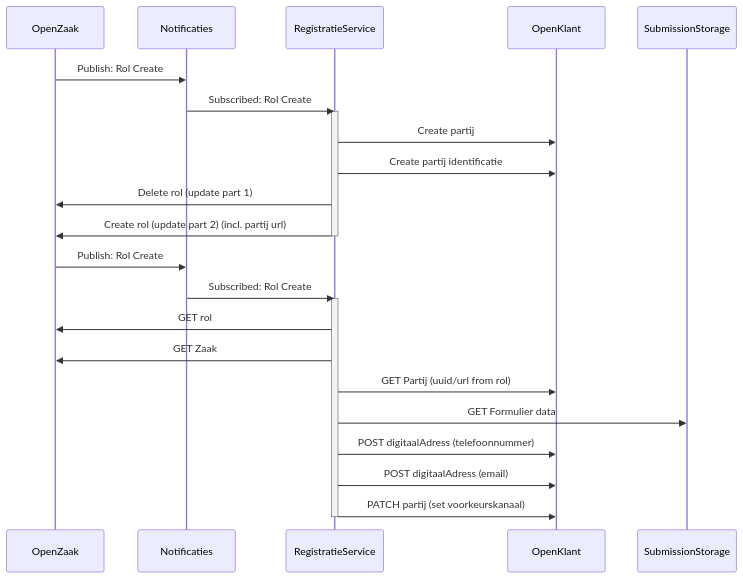
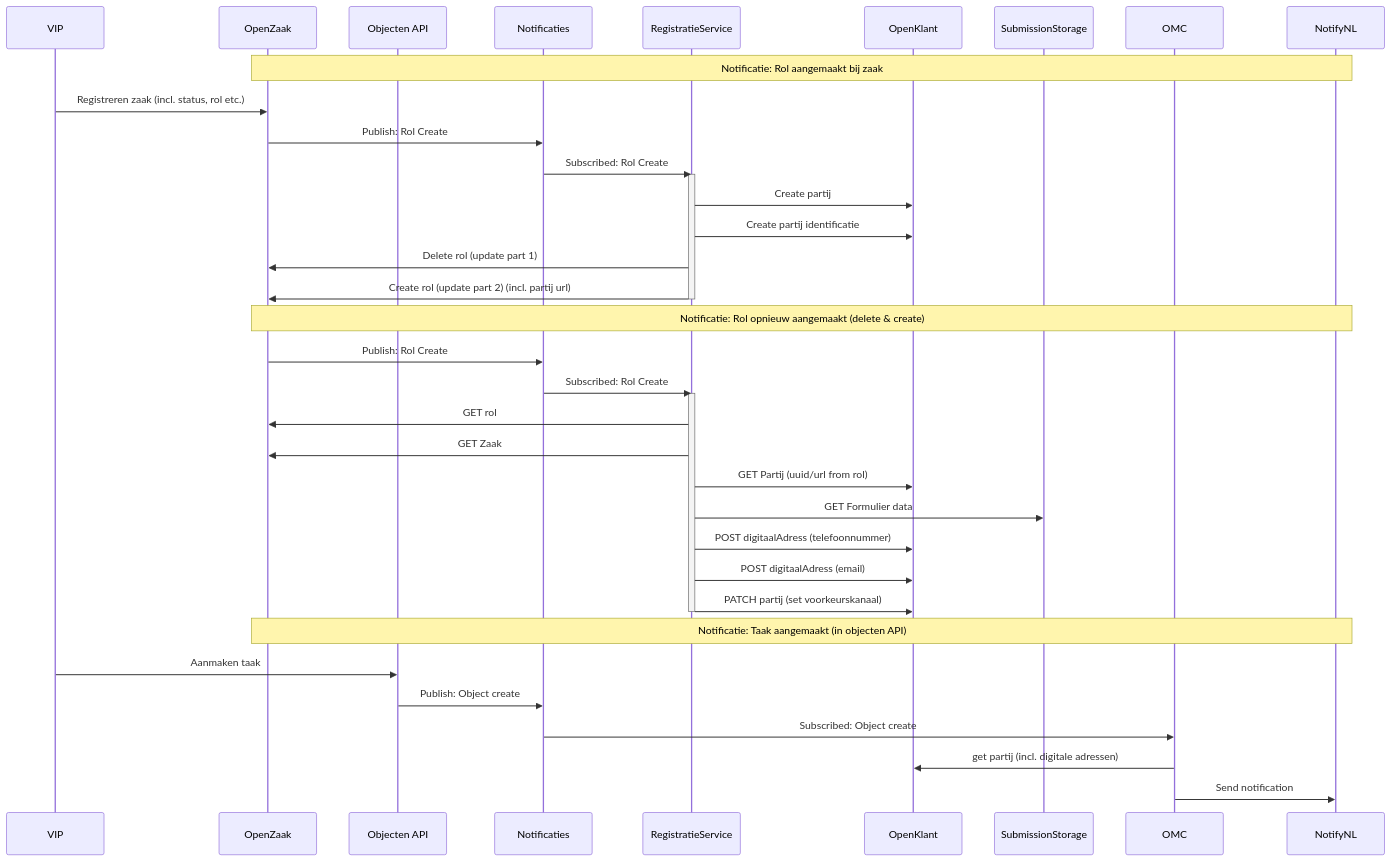
Before and after one commit to GemeenteNijmegen/mijn-services: the diagram in src/services/OpenKlantRegistrationService/docs/sequence.md, drawn with Mermaid.

Commit message:
docs: update sequence diagram

````diff
--- a/src/services/OpenKlantRegistrationService/docs/sequence.md
+++ b/src/services/OpenKlantRegistrationService/docs/sequence.md
@@ -6,29 +6,51 @@
 ```mermaid
 sequenceDiagram
+  participant VIP
   participant OpenZaak
+  participant Objecten API
   participant Notificaties
   participant RegistratieService
   participant OpenKlant
   participant SubmissionStorage
+  participant OMC
+  participant NotifyNL
 
+
+  Note over OpenZaak, NotifyNL: Notificatie: Rol aangemaakt bij zaak
+
+  VIP ->> OpenZaak: Registreren zaak (incl. status, rol etc.)
   OpenZaak ->> Notificaties: Publish: Rol Create
   Notificaties ->> RegistratieService: Subscribed: Rol Create
   activate RegistratieService
   RegistratieService ->> OpenKlant: Create partij
   RegistratieService ->> OpenKlant: Create partij identificatie
   RegistratieService ->> OpenZaak: Delete rol (update part 1)
   RegistratieService ->> OpenZaak: Create rol (update part 2) (incl. partij url)
   deactivate RegistratieService
+
+
+  Note over OpenZaak, NotifyNL: Notificatie: Rol opnieuw aangemaakt (delete & create)
 
   OpenZaak ->> Notificaties: Publish: Rol Create
   Notificaties ->> RegistratieService: Subscribed: Rol Create
   activate RegistratieService
   RegistratieService ->> OpenZaak: GET rol
   RegistratieService ->> OpenZaak: GET Zaak
   RegistratieService ->> OpenKlant: GET Partij (uuid/url from rol)
   RegistratieService ->> SubmissionStorage: GET Formulier data
   RegistratieService ->> OpenKlant: POST digitaalAdress (telefoonnummer)
   RegistratieService ->> OpenKlant: POST digitaalAdress (email)
   RegistratieService ->> OpenKlant: PATCH partij (set voorkeurskanaal)
   deactivate RegistratieService
+
+
+  Note over OpenZaak, NotifyNL: Notificatie: Taak aangemaakt (in objecten API)
+
+  VIP ->> Objecten API: Aanmaken taak
+  Objecten API ->> Notificaties: Publish: Object create
+  Notificaties ->> OMC: Subscribed: Object create
+  OMC ->> OpenKlant: get partij (incl. digitale adressen)
+  OMC ->> NotifyNL: Send notification
+
+
 ```
````
